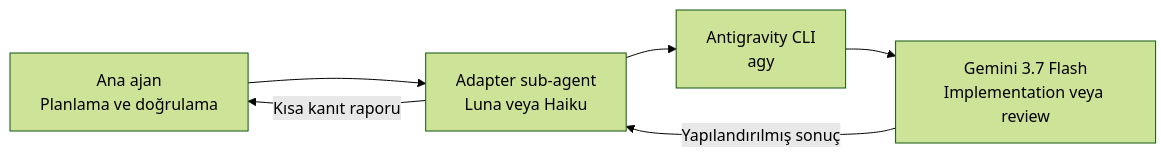
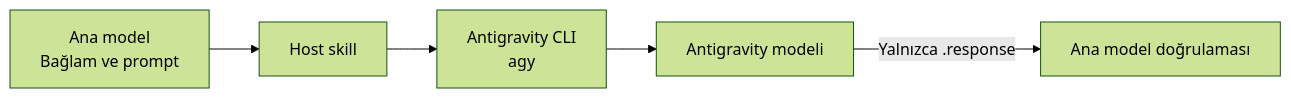
The diagram in README.tr.md (gururaser/agy-delegation), drawn with Mermaid (forest theme) before and after one commit. The commit also changed other lines of this file and 5 other files, not shown here.

````diff
--- a/README.tr.md
+++ b/README.tr.md
@@ -7,8 +10,7 @@
 ```mermaid
 flowchart LR
-    A["Ana ajan<br/>Planlama ve doğrulama"] --> B["Adapter sub-agent<br/>Luna veya Haiku"]
+    A["Ana model<br/>Bağlam ve prompt"] --> B["Host skill"]
     B --> C["Antigravity CLI<br/>agy"]
-    C --> D["Gemini 3.7 Flash<br/>Implementation veya review"]
-    D -->|Yapılandırılmış sonuç| B
-    B -->|Kısa kanıt raporu| A
+    C --> D["Antigravity modeli"]
+    D -->|"Yalnızca .response"| E["Ana model doğrulaması"]
 ```
````
